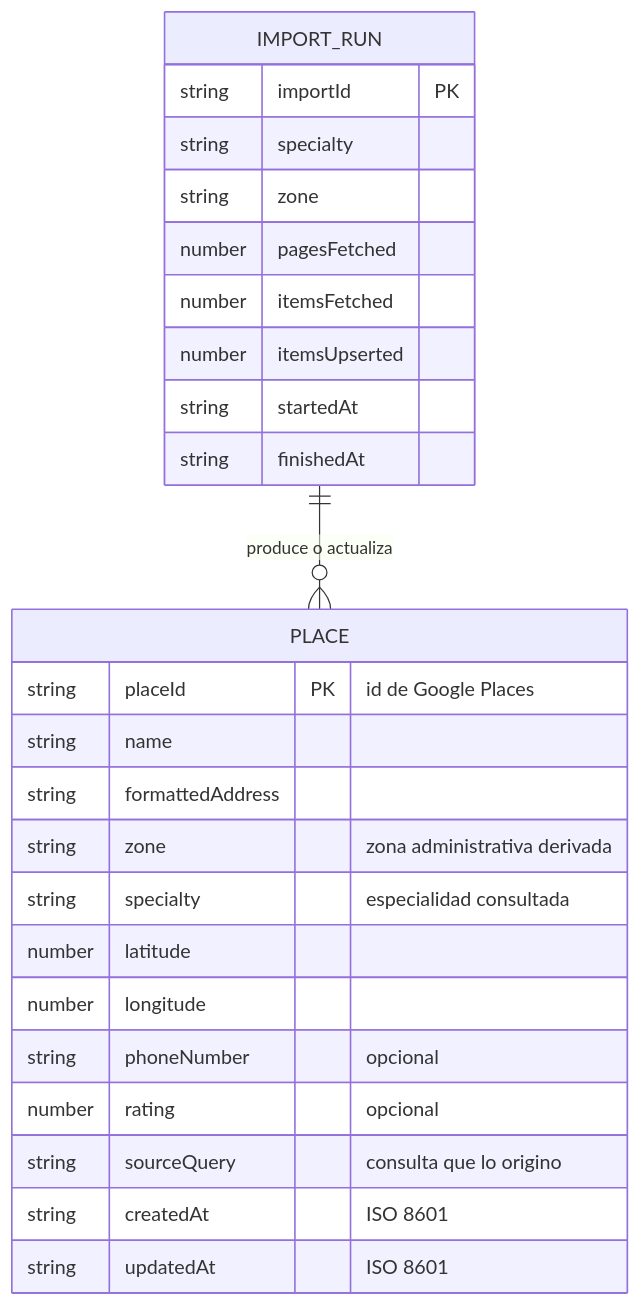
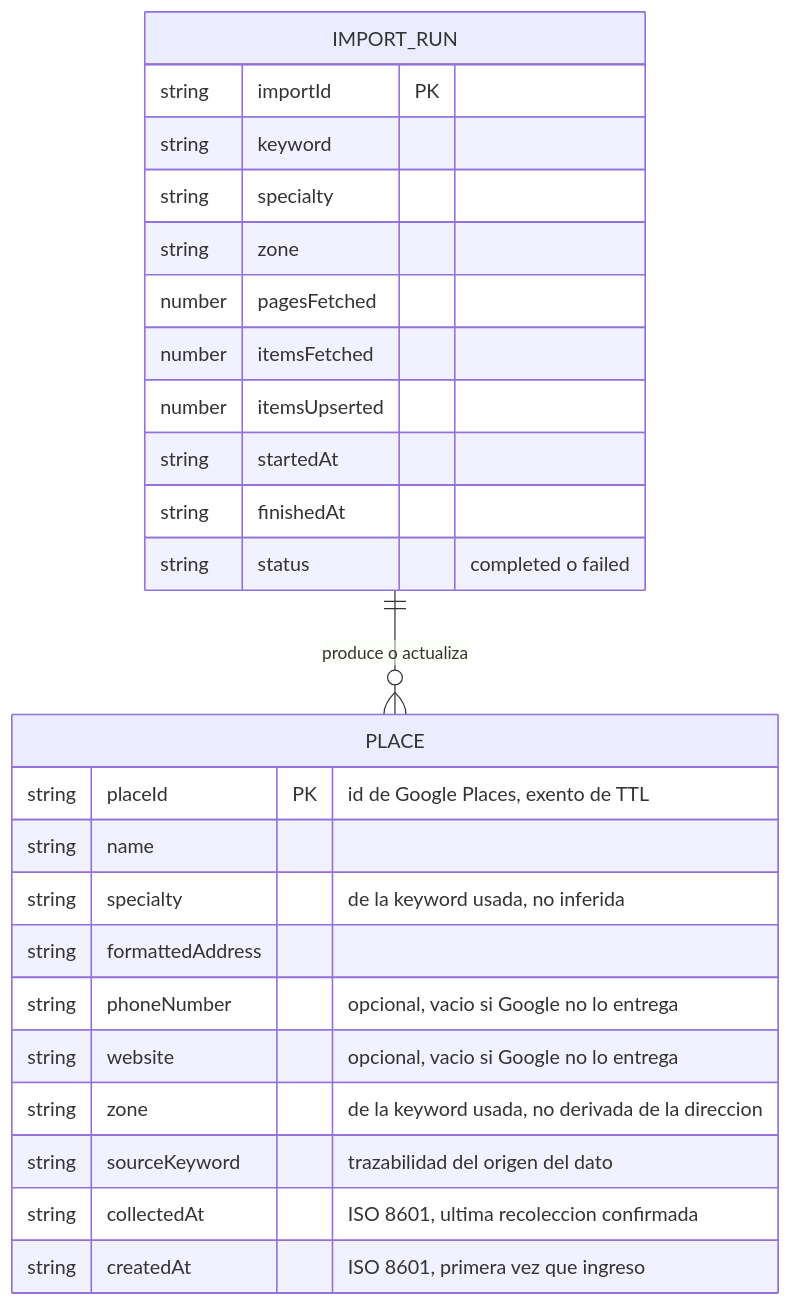
One commit to JosueSay/medical-specialists-directory changed the eighth of 8 diagrams in docs/design.md. Above: the diagram before and after it, drawn with Mermaid. The commit also changed other lines of this file and 4 other files, not shown here.

````diff
--- a/docs/design.md
+++ b/docs/design.md
@@ -274,28 +455,28 @@
 ```mermaid
 erDiagram
     PLACE {
-        string placeId PK "id de Google Places"
+        string placeId PK "id de Google Places, exento de TTL"
         string name
+        string specialty "de la keyword usada, no inferida"
         string formattedAddress
-        string zone "zona administrativa derivada"
-        string specialty "especialidad consultada"
-        number latitude
-        number longitude
-        string phoneNumber "opcional"
-        number rating "opcional"
-        string sourceQuery "consulta que lo origino"
-        string createdAt "ISO 8601"
-        string updatedAt "ISO 8601"
+        string phoneNumber "opcional, vacio si Google no lo entrega"
+        string website "opcional, vacio si Google no lo entrega"
+        string zone "de la keyword usada, no derivada de la direccion"
+        string sourceKeyword "trazabilidad del origen del dato"
+        string collectedAt "ISO 8601, ultima recoleccion confirmada"
+        string createdAt "ISO 8601, primera vez que ingreso"
     }
     IMPORT_RUN {
         string importId PK
+        string keyword
         string specialty
         string zone
         number pagesFetched
         number itemsFetched
         number itemsUpserted
         string startedAt
         string finishedAt
+        string status "completed o failed"
     }
     IMPORT_RUN ||--o{ PLACE : "produce o actualiza"
 ```
````
